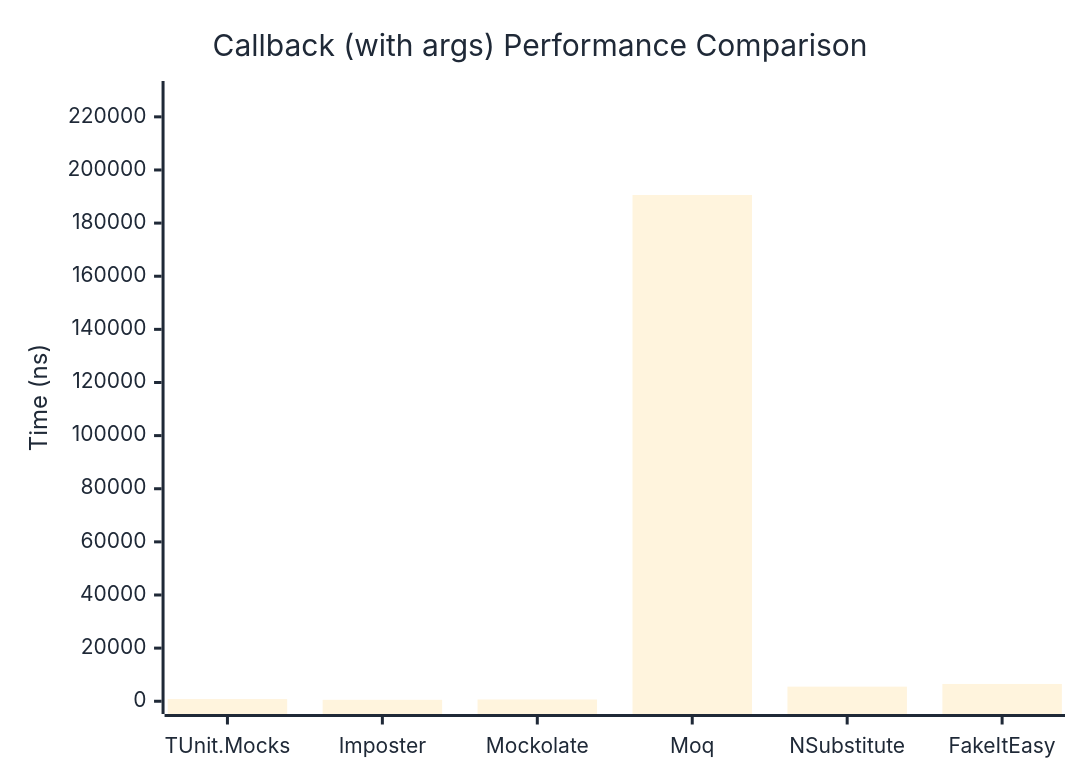
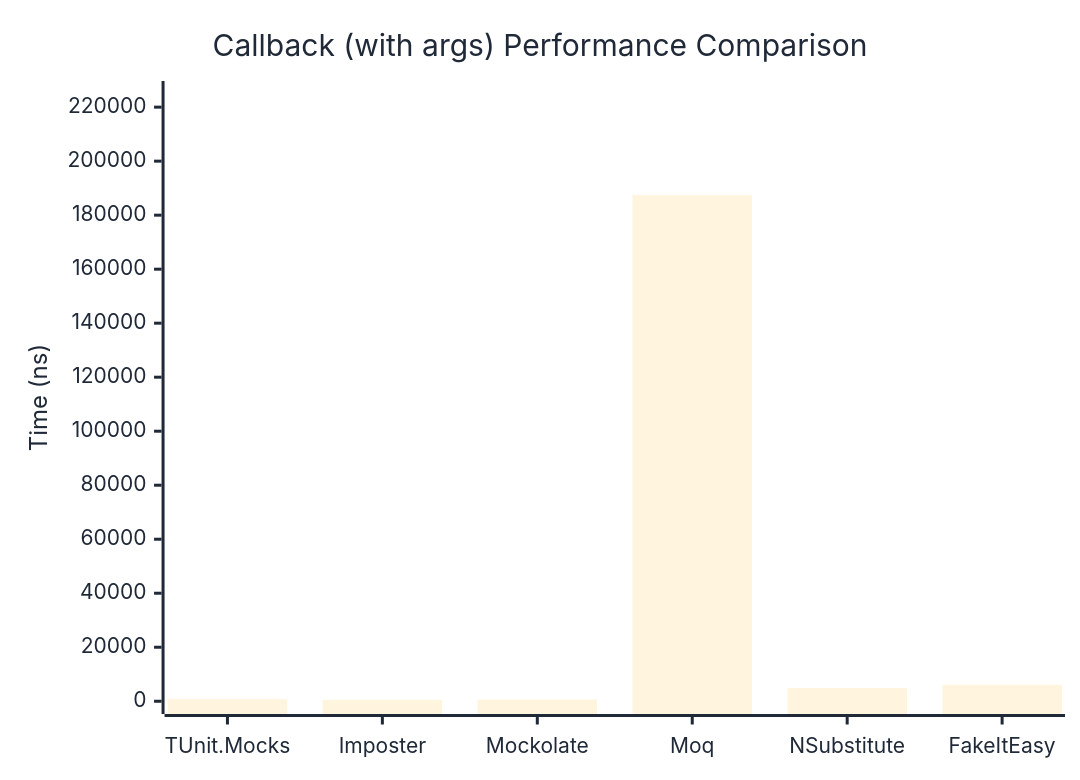
The second of 2 diagrams in docs/docs/benchmarks/mocks/Callback.md (thomhurst/TUnit), drawn with Mermaid before and after one commit. The commit also changed other lines of this file and 14 other files, not shown here.

````diff
--- a/docs/docs/benchmarks/mocks/Callback.md
+++ b/docs/docs/benchmarks/mocks/Callback.md
@@ -69,27 +69,27 @@
 ```mermaid
 %%{init: {
   'theme':'base',
   'themeVariables': {
     'primaryColor': '#2563eb',
     'primaryTextColor': '#1f2937',
     'primaryBorderColor': '#1e40af',
     'lineColor': '#6b7280',
     'secondaryColor': '#7c3aed',
     'tertiaryColor': '#dc2626',
     'background': '#ffffff',
     'pie1': '#2563eb',
     'pie2': '#7c3aed',
     'pie3': '#dc2626',
     'pie4': '#f59e0b',
     'pie5': '#10b981',
     'pie6': '#06b6d4',
     'pie7': '#ec4899',
     'pie8': '#6366f1'
   }
 }}%%
 xychart-beta
   title "Callback (with args) Performance Comparison"
   x-axis ["TUnit.Mocks", "Imposter", "Mockolate", "Moq", "NSubstitute", "FakeItEasy"]
-  y-axis "Time (ns)" 0 --> 228695
-  bar [816.9, 541.3, 669.9, 190578.4, 5495.1, 6508.3]
+  y-axis "Time (ns)" 0 --> 224963
+  bar [748.8, 530.2, 629.1, 187468.9, 4883.9, 6105.9]
 ```
````
